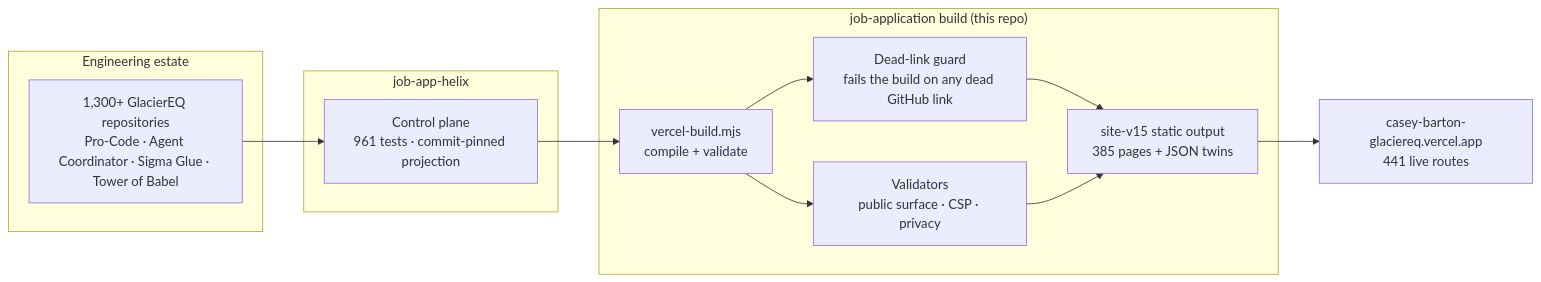
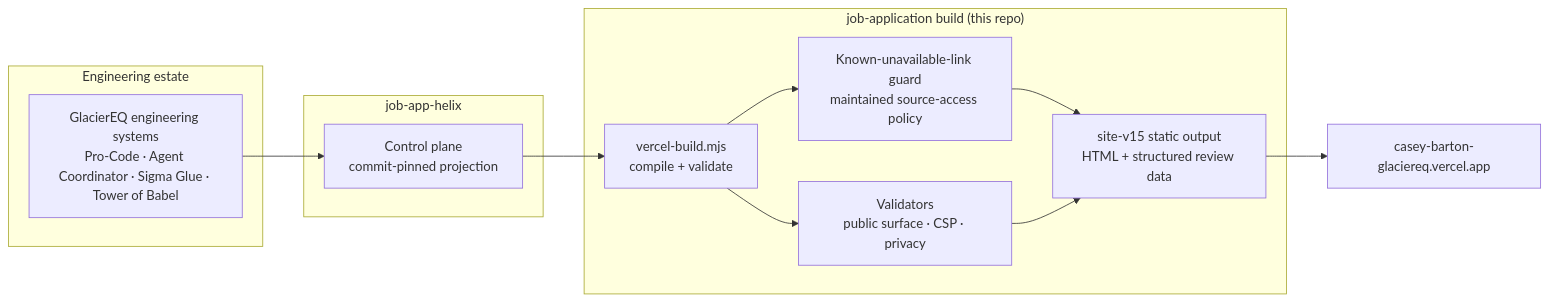
The diagram in README.md (GlacierEQ/job-application), drawn with Mermaid before and after one commit. The commit also changed other lines of this file and 11 other files, not shown here.

````diff
--- a/README.md
+++ b/README.md
@@ -23,20 +20,20 @@
 ```mermaid
 flowchart LR
     subgraph Estate["Engineering estate"]
-        E["1,300+ GlacierEQ repositories<br/>Pro-Code · Agent Coordinator · Sigma Glue · Tower of Babel"]
+        E["GlacierEQ engineering systems<br/>Pro-Code · Agent Coordinator · Sigma Glue · Tower of Babel"]
     end
     subgraph Helix["job-app-helix"]
-        H["Control plane<br/>961 tests · commit-pinned projection"]
+        H["Control plane<br/>commit-pinned projection"]
     end
     subgraph Build["job-application build (this repo)"]
         B["vercel-build.mjs<br/>compile + validate"]
-        G1["Dead-link guard<br/>fails the build on any dead GitHub link"]
+        G1["Known-unavailable-link guard<br/>maintained source-access policy"]
         G2["Validators<br/>public surface · CSP · privacy"]
-        S["site-v15 static output<br/>385 pages + JSON twins"]
+        S["site-v15 static output<br/>HTML + structured review data"]
     end
-    V["casey-barton-glaciereq.vercel.app<br/>441 live routes"]
+    V["casey-barton-glaciereq.vercel.app"]
     E --> H --> B
     B --> G1 --> S
     B --> G2 --> S
     S --> V
 ```
````
